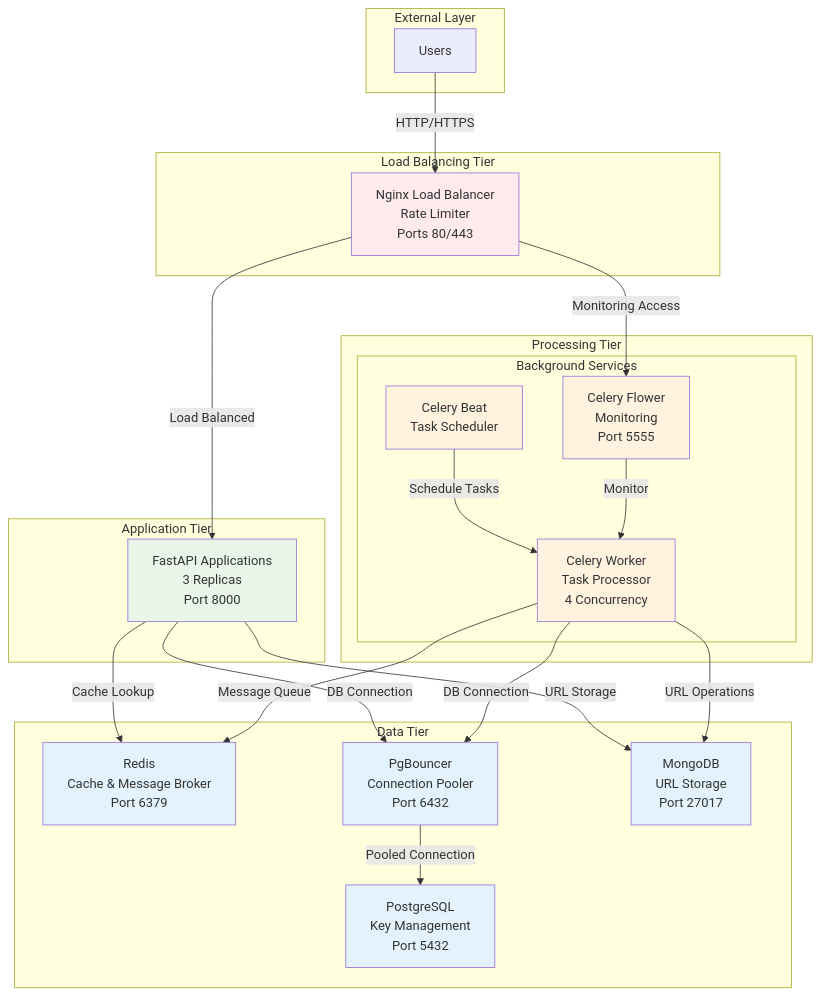
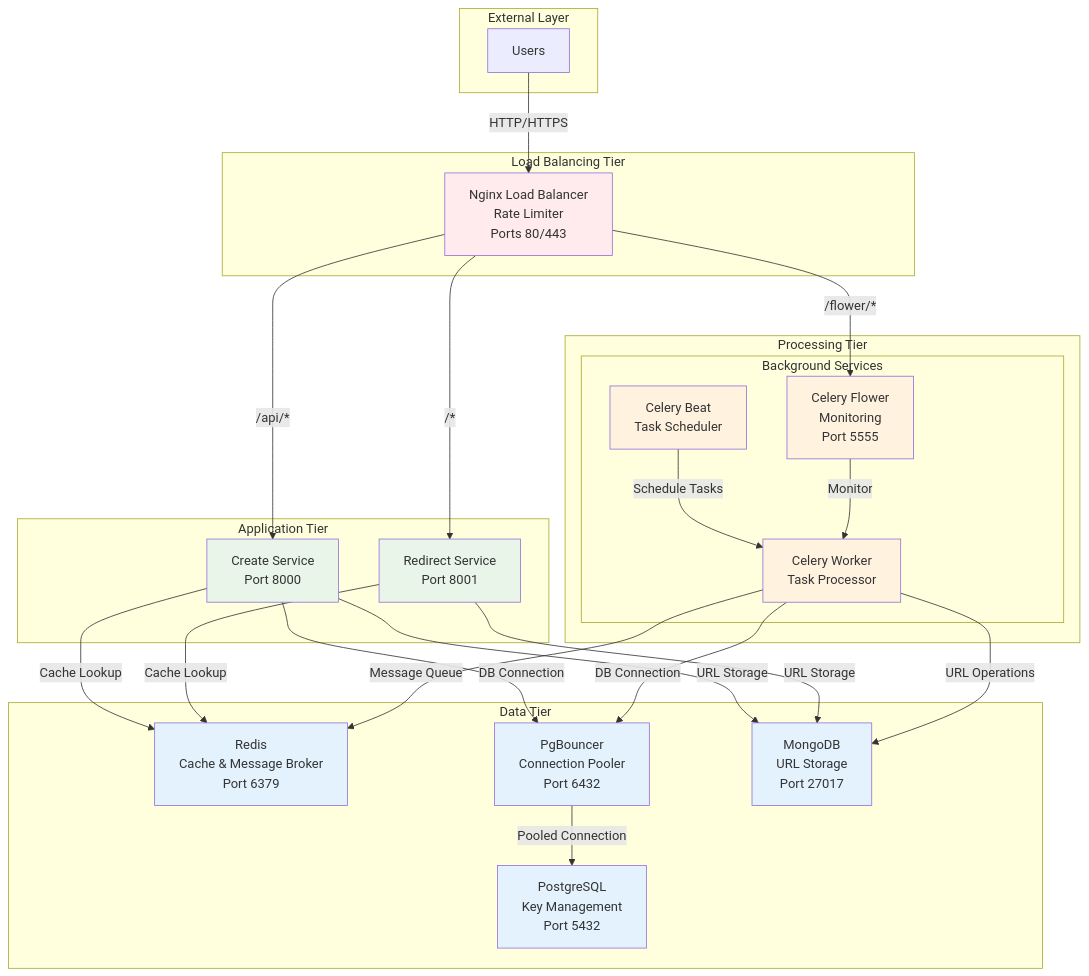
One commit to kaziiriad/url-shortener-scalable changed the first of 2 diagrams in README.md. Above: the diagram before and after it, drawn with Mermaid. The commit also changed other lines of this file and 2 other files, not shown here.

First line of the commit message:
feat: Decouple redirect service

````diff
--- a/README.md
+++ b/README.md
@@ -26,59 +26,64 @@
 ```mermaid
 graph TD
     subgraph "External Layer"
         U[Users]
     end
 
     subgraph "Load Balancing Tier"
         H[Nginx Load Balancer<br/>Rate Limiter<br/>Ports 80/443]
     end
 
     subgraph "Application Tier"
-        A[FastAPI Applications<br/>3 Replicas<br/>Port 8000]
+        CS[Create Service<br/>Port 8000]
+        RS[Redirect Service<br/>Port 8001]
     end
 
     subgraph "Processing Tier"
         subgraph "Background Services"
             F[Celery Beat<br/>Task Scheduler]
-            E[Celery Worker<br/>Task Processor<br/>4 Concurrency]
+            E[Celery Worker<br/>Task Processor]
             G[Celery Flower<br/>Monitoring<br/>Port 5555]
         end
     end
 
     subgraph "Data Tier"
         B[Redis<br/>Cache & Message Broker<br/>Port 6379]
         P[PgBouncer<br/>Connection Pooler<br/>Port 6432]
         C[PostgreSQL<br/>Key Management<br/>Port 5432]
         D[MongoDB<br/>URL Storage<br/>Port 27017]
     end
 
     %% User Traffic Flow
     U -->|HTTP/HTTPS| H
-    H -->|Load Balanced| A
-    H -->|Monitoring Access| G
+    H -->|/api/*| CS
+    H -->|/*| RS
+    H -->|/flower/*| G
 
     %% Application Data Access
-    A -->|Cache Lookup| B
-    A -->|DB Connection| P
+    CS -->|Cache Lookup| B
+    CS -->|DB Connection| P
     P -->|Pooled Connection| C
-    A -->|URL Storage| D
+    CS -->|URL Storage| D
+    RS -->|Cache Lookup| B
+    RS -->|URL Storage| D
+
 
     %% Background Processing Flow
     F -->|Schedule Tasks| E
     E -->|Message Queue| B
     E -->|DB Connection| P
     E -->|URL Operations| D
     G -->|Monitor| E
 
     %% Styling for clarity
     classDef loadTier fill:#ffebee
     classDef appTier fill:#e8f5e8
     classDef processTier fill:#fff3e0
     classDef dataTier fill:#e3f2fd
     
     class U external
     class H loadTier
-    class A appTier
+    class CS,RS appTier
     class F,E,G processTier
     class B,C,D,P dataTier
 ```
````
